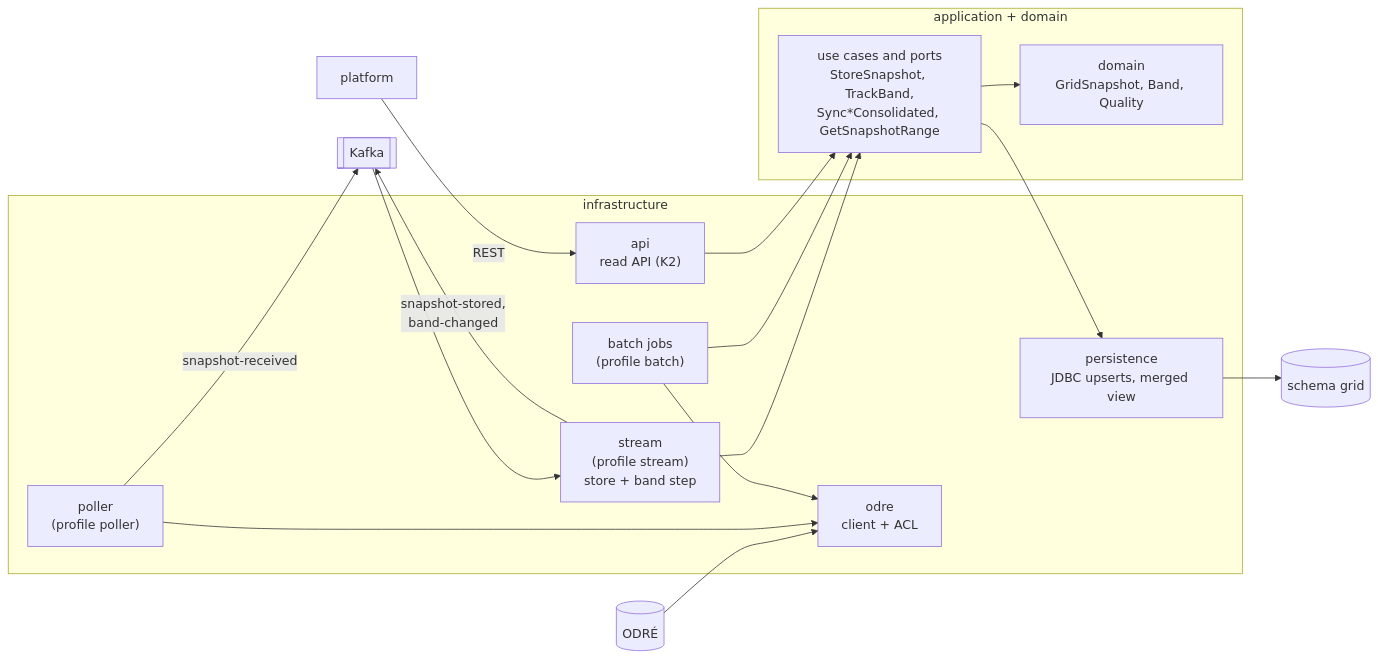
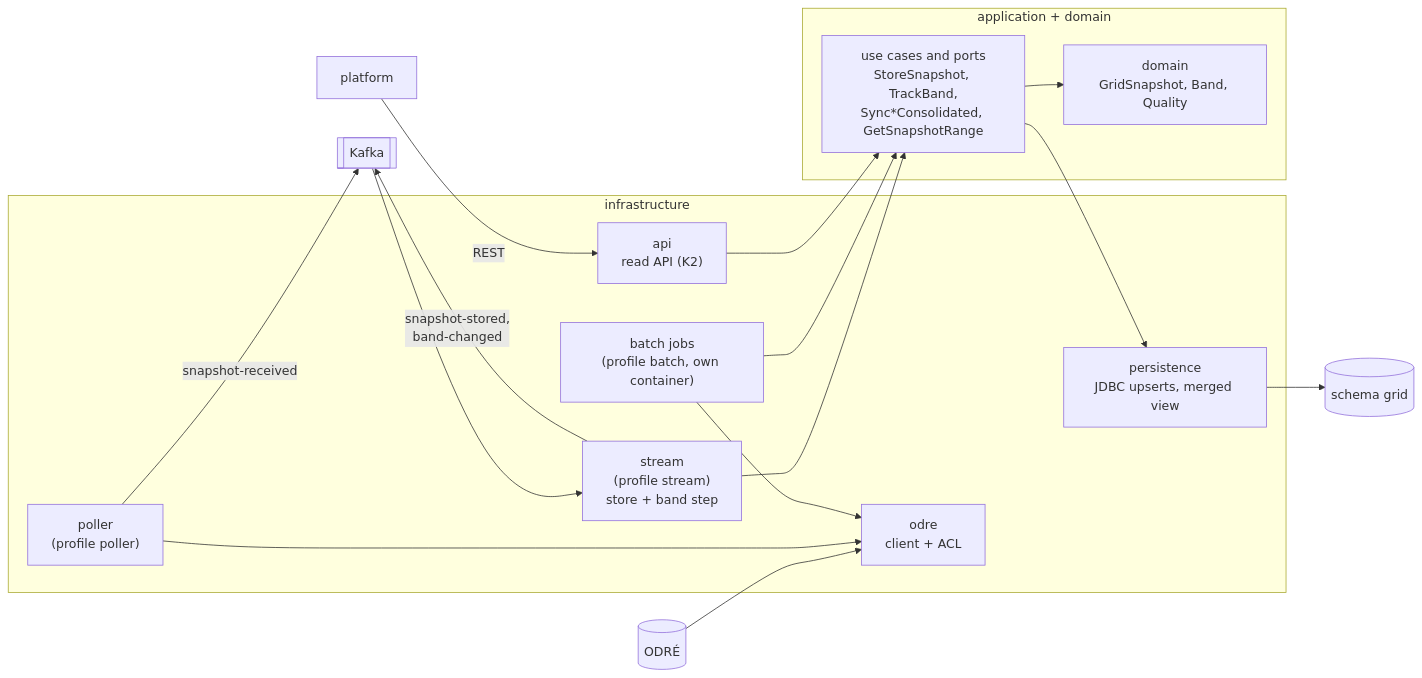
One commit to youssefBM2104/2bgreen changed the third of 5 diagrams in docs/architecture.md. Above: the diagram before and after it, drawn with Mermaid. The commit also changed other lines of this file and 5 other files, not shown here.

````diff
--- a/docs/architecture.md
+++ b/docs/architecture.md
@@ -72,34 +72,34 @@
 ```mermaid
 flowchart LR
     odre[("ODRÉ")]
     kafka[["Kafka"]]
     db[("schema grid")]
     plat["platform"]
 
     subgraph infra["infrastructure"]
         odreclient["odre<br/>client + ACL"]
         poller["poller<br/>(profile poller)"]
         stream["stream<br/>(profile stream)<br/>store + band step"]
-        batch["batch jobs<br/>(profile batch)"]
+        batch["batch jobs<br/>(profile batch, own container)"]
         persist["persistence<br/>JDBC upserts, merged view"]
         api["api<br/>read API (K2)"]
     end
     subgraph app["application + domain"]
         uc["use cases and ports<br/>StoreSnapshot, TrackBand,<br/>Sync*Consolidated, GetSnapshotRange"]
         dom["domain<br/>GridSnapshot, Band, Quality"]
     end
 
     odre --> odreclient
     poller --> odreclient
     poller -->|"snapshot-received"| kafka
     kafka --> stream
     stream --> uc
     batch --> odreclient
     batch --> uc
     uc --> dom
     uc --> persist
     persist --> db
     stream -->|"snapshot-stored,<br/>band-changed"| kafka
     plat -->|"REST"| api
     api --> uc
 ```
````
